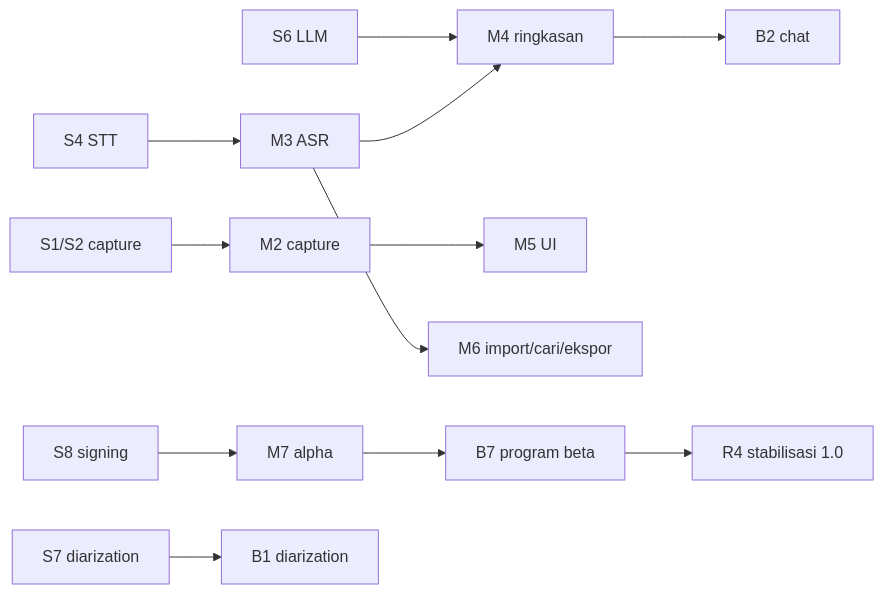
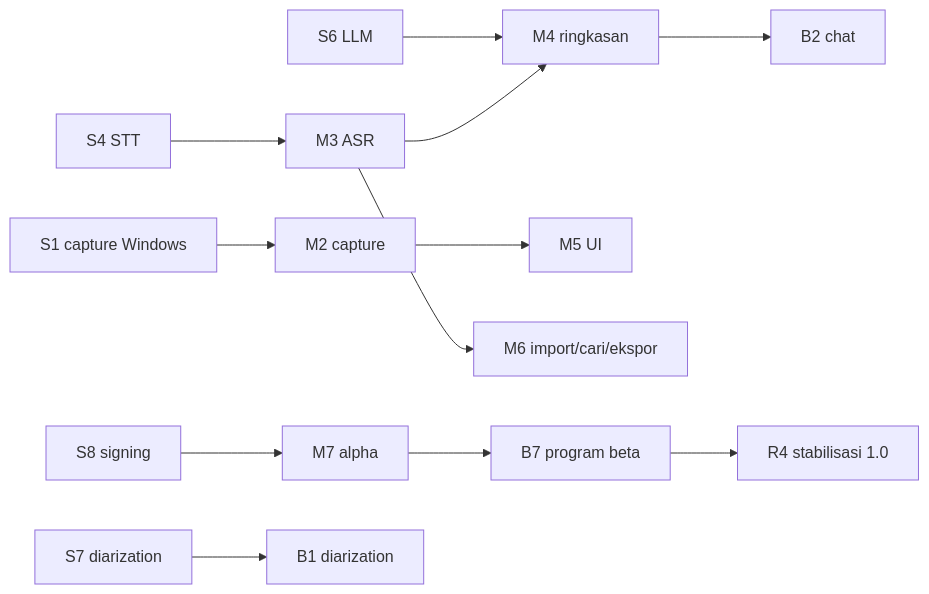
The second of 2 diagrams in docs/planning/08-roadmap.md (fadhiilhamizan/Recap), drawn with Mermaid before and after one commit. The commit also changed other lines of this file and 28 other files, not shown here.

````diff
--- a/docs/planning/08-roadmap.md
+++ b/docs/planning/08-roadmap.md
@@ -126,14 +129,14 @@
 ```mermaid
 flowchart LR
   S4["S4 STT"] --> M3["M3 ASR"]
-  S1["S1/S2 capture"] --> M2["M2 capture"]
+  S1["S1 capture Windows"] --> M2["M2 capture"]
   S6["S6 LLM"] --> M4["M4 ringkasan"]
   S8["S8 signing"] --> M7["M7 alpha"]
   M2 --> M5["M5 UI"]
   M3 --> M4
   M3 --> M6["M6 import/cari/ekspor"]
   M4 --> B2["B2 chat"]
   S7["S7 diarization"] --> B1["B1 diarization"]
   M7 --> B7["B7 program beta"]
   B7 --> R4["R4 stabilisasi 1.0"]
 ```
````
